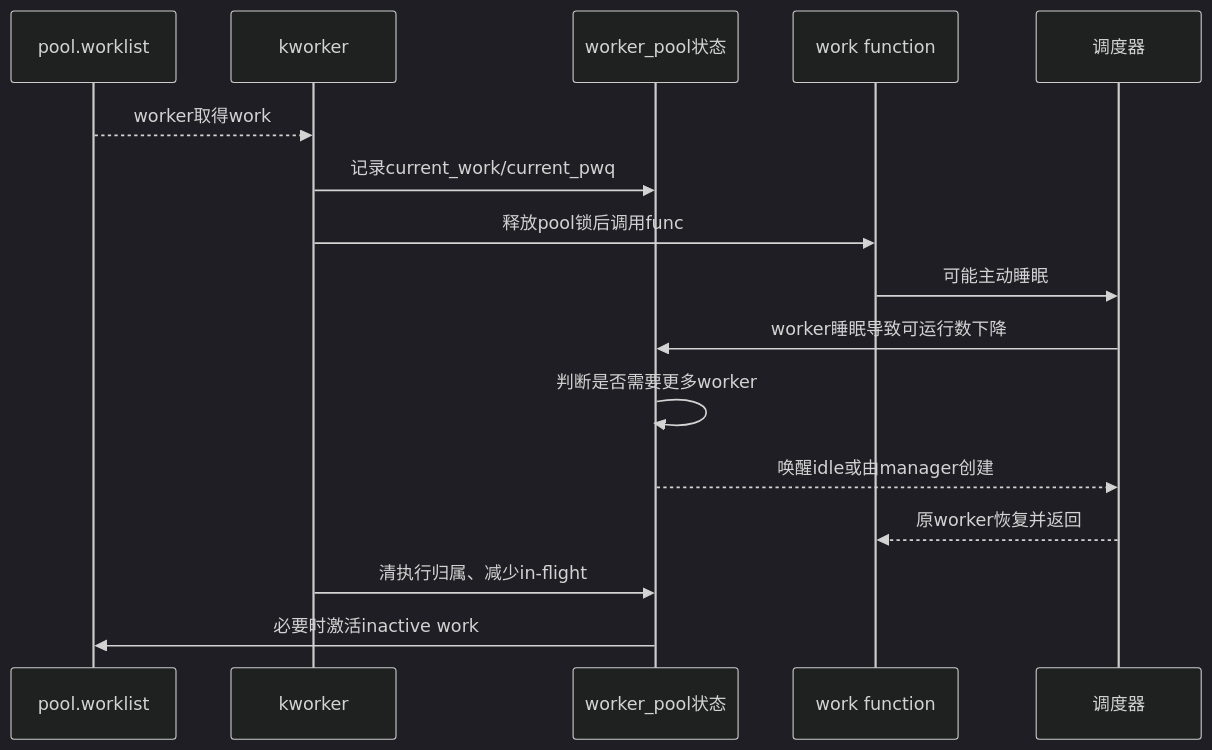
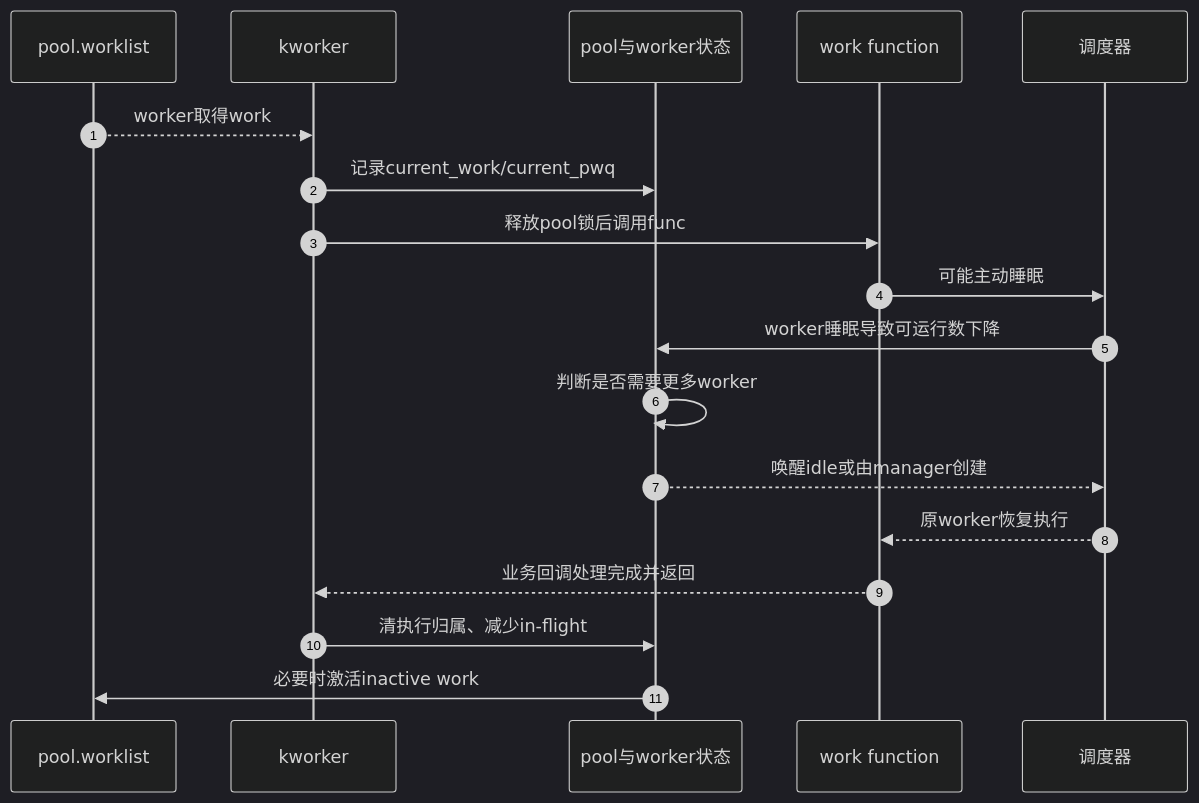
The second of 2 diagrams in knowledge/linux/synchronization_and_asynchrony/asynchrony/workqueue/P05_worker并发管理与执行循环.md (FormingSystem/linux_note), drawn with Mermaid (dark theme) before and after one commit. The commit also changed other lines of this file and 10 other files, not shown here.

````diff
--- a/knowledge/linux/synchronization_and_asynchrony/asynchrony/workqueue/P05_worker并发管理与执行循环.md
+++ b/knowledge/linux/synchronization_and_asynchrony/asynchrony/workqueue/P05_worker并发管理与执行循环.md
@@ -45,19 +49,21 @@
 ```mermaid
 sequenceDiagram
+    autonumber
     participant Q as pool.worklist
     participant K as kworker
-    participant P as worker_pool状态
+    participant P as pool与worker状态
     participant F as work function
     participant S as 调度器
 
     Q-->>K: worker取得work
     K->>P: 记录current_work/current_pwq
     K->>F: 释放pool锁后调用func
     F->>S: 可能主动睡眠
     S->>P: worker睡眠导致可运行数下降
     P->>P: 判断是否需要更多worker
     P-->>S: 唤醒idle或由manager创建
-    S-->>F: 原worker恢复并返回
+    S-->>F: 原worker恢复执行
+    F-->>K: 业务回调处理完成并返回
     K->>P: 清执行归属、减少in-flight
     P->>Q: 必要时激活inactive work
 ```
````
